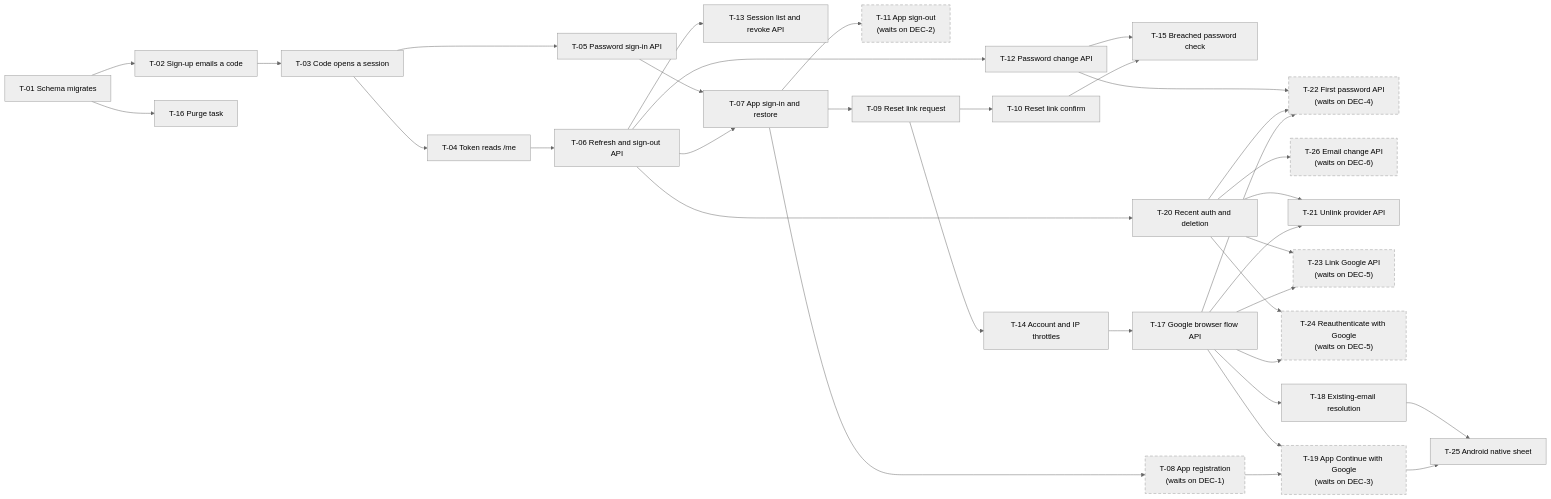
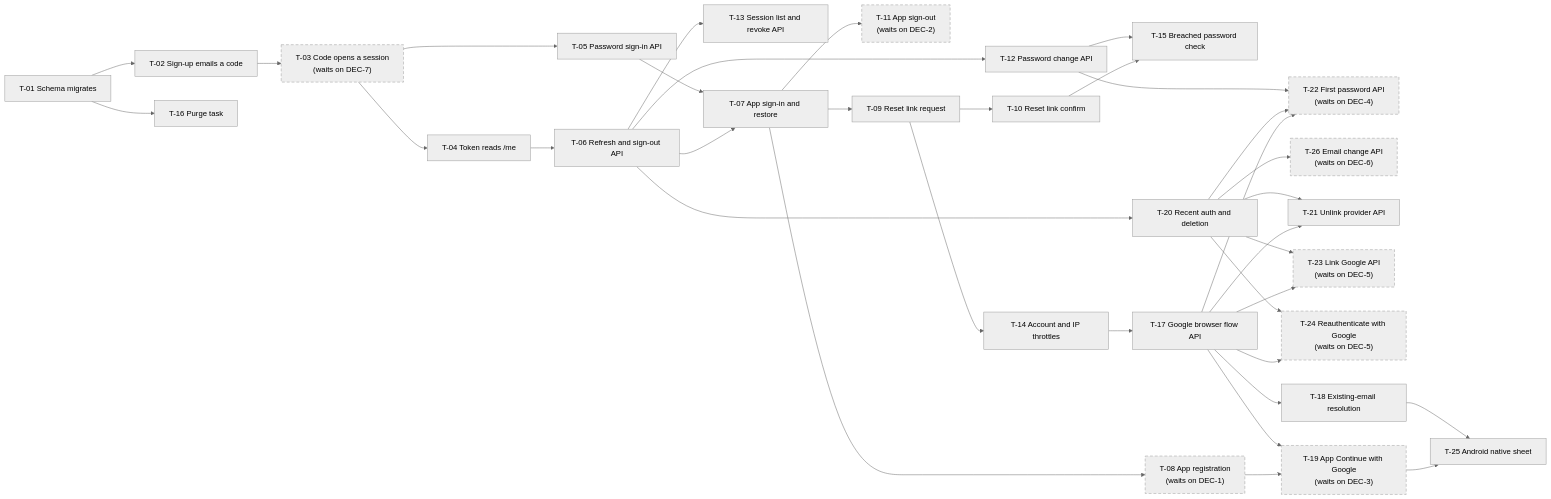
Before and after one commit to fam-tung-lam/job_status_found: the diagram in ai/specs/18_09_2026__auth/tickets/README.md, drawn with Mermaid (neutral theme). The commit also changed other lines of this file and 119 other files, not shown here.

````diff
--- a/ai/specs/18_09_2026__auth/tickets/README.md
+++ b/ai/specs/18_09_2026__auth/tickets/README.md
@@ -35,67 +36,67 @@
 ```mermaid
 flowchart LR
     T01["T-01 Schema migrates"]
     T02["T-02 Sign-up emails a code"]
     T16["T-16 Purge task"]
-    T03["T-03 Code opens a session"]
+    T03["T-03 Code opens a session<br>(waits on DEC-7)"]
     T04["T-04 Token reads /me"]
     T05["T-05 Password sign-in API"]
     T06["T-06 Refresh and sign-out API"]
     T13["T-13 Session list and revoke API"]
     T12["T-12 Password change API"]
     T07["T-07 App sign-in and restore"]
     T11["T-11 App sign-out<br>(waits on DEC-2)"]
     T09["T-09 Reset link request"]
     T10["T-10 Reset link confirm"]
     T15["T-15 Breached password check"]
     T20["T-20 Recent auth and deletion"]
     T14["T-14 Account and IP throttles"]
     T17["T-17 Google browser flow API"]
     T22["T-22 First password API<br>(waits on DEC-4)"]
     T26["T-26 Email change API<br>(waits on DEC-6)"]
     T21["T-21 Unlink provider API"]
     T23["T-23 Link Google API<br>(waits on DEC-5)"]
     T24["T-24 Reauthenticate with Google<br>(waits on DEC-5)"]
     T18["T-18 Existing-email resolution"]
     T08["T-08 App registration<br>(waits on DEC-1)"]
     T19["T-19 App Continue with Google<br>(waits on DEC-3)"]
     T25["T-25 Android native sheet"]
 
     T01 --> T02
     T01 --> T16
     T02 --> T03
     T03 --> T04
     T03 --> T05
     T04 --> T06
     T05 --> T07
     T06 --> T13
     T06 --> T12
     T06 --> T07
     T06 --> T20
     T12 --> T15
     T12 --> T22
     T07 --> T11
     T07 --> T09
     T07 --> T08
     T09 --> T10
     T09 --> T14
     T10 --> T15
     T20 --> T22
     T20 --> T26
     T20 --> T21
     T20 --> T23
     T20 --> T24
     T14 --> T17
     T17 --> T22
     T17 --> T21
     T17 --> T23
     T17 --> T24
     T17 --> T18
     T17 --> T19
     T18 --> T25
     T08 --> T19
     T19 --> T25
 
     classDef waitsOnDecision stroke-dasharray: 6 4
-    class T08,T11,T19,T22,T23,T24,T26 waitsOnDecision
+    class T03,T08,T11,T19,T22,T23,T24,T26 waitsOnDecision
 ```
````
